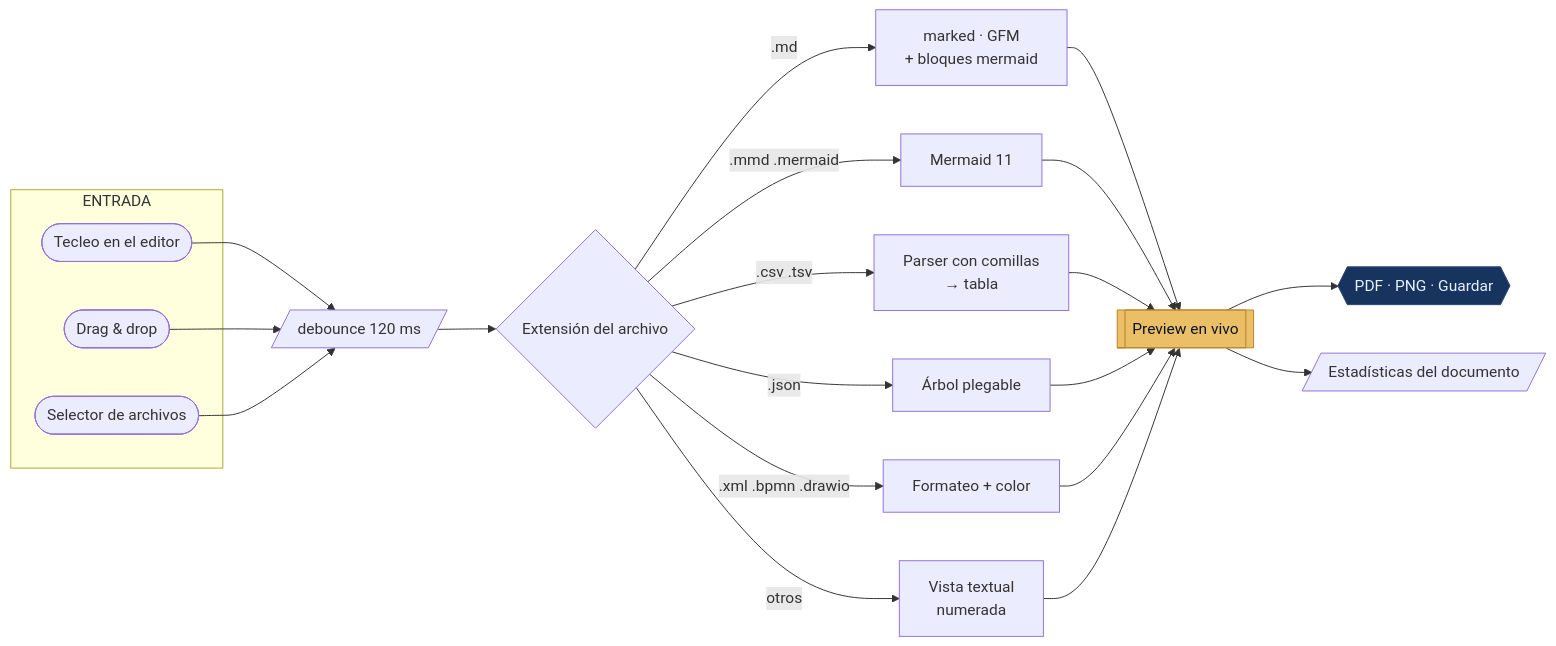
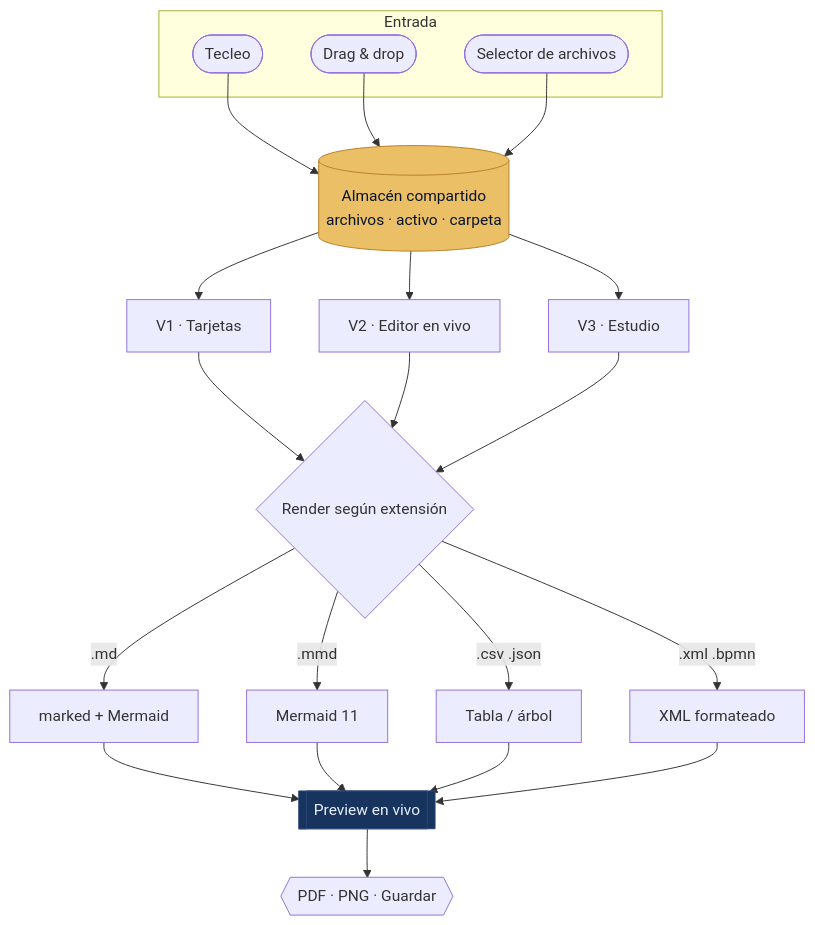
Before and after one commit to oprbguitar/vizualizador: the first of 2 diagrams in README.md, drawn with Mermaid. The commit also changed other lines of this file and 13 other files, not shown here.

````diff
--- a/README.md
+++ b/README.md
@@ -146,25 +121,25 @@
 ```mermaid
-flowchart LR
-  subgraph ENTRADA
-    A1([Tecleo en el editor])
+flowchart TB
+  subgraph ENTRADA [Entrada]
+    A1([Tecleo])
     A2([Drag & drop])
     A3([Selector de archivos])
   end
 
-  A1 & A2 & A3 --> B[/"debounce 120 ms"/]
-  B --> C{Extensión del archivo}
+  A1 & A2 & A3 --> S[("Almacén compartido<br/>archivos · activo · carpeta")]
 
-  C -->|.md| D["marked · GFM<br/>+ bloques mermaid"]
-  C -->|.mmd .mermaid| E["Mermaid 11"]
-  C -->|.csv .tsv| F["Parser con comillas<br/>→ tabla"]
-  C -->|.json| G["Árbol plegable"]
-  C -->|.xml .bpmn .drawio| H["Formateo + color"]
-  C -->|otros| I["Vista textual<br/>numerada"]
+  S --> V1["V1 · Tarjetas"]
+  S --> V2["V2 · Editor en vivo"]
+  S --> V3["V3 · Estudio"]
 
-  D & E & F & G & H & I --> J[["Preview en vivo"]]
-  J --> K{{"PDF · PNG · Guardar"}}
-  J --> L[/"Estadísticas del documento"/]
+  V1 & V2 & V3 --> R{Render según extensión}
+  R -->|.md| M1["marked + Mermaid"]
+  R -->|.mmd| M2["Mermaid 11"]
+  R -->|.csv .json| M3["Tabla / árbol"]
+  R -->|.xml .bpmn| M4["XML formateado"]
+  M1 & M2 & M3 & M4 --> P[["Preview en vivo"]]
+  P --> E{{"PDF · PNG · Guardar"}}
 
-  style J fill:#eabf65,stroke:#b9812a,color:#08142c
-  style K fill:#17345f,stroke:#2a4679,color:#eaf1ff
+  style S fill:#eabf65,stroke:#b9812a,color:#08142c
+  style P fill:#17345f,stroke:#2a4679,color:#eaf1ff
 ```
````
